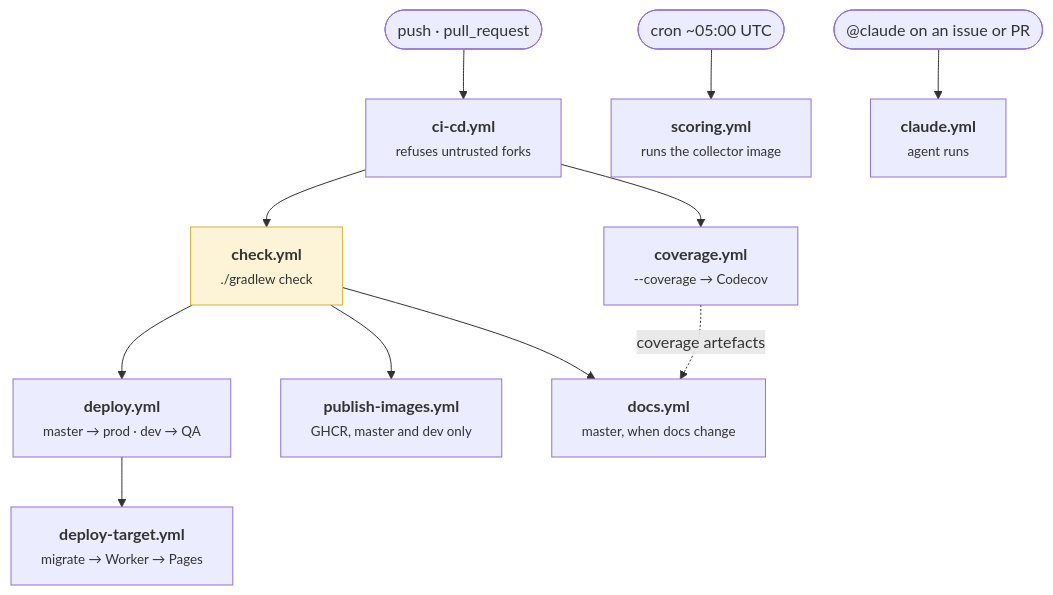
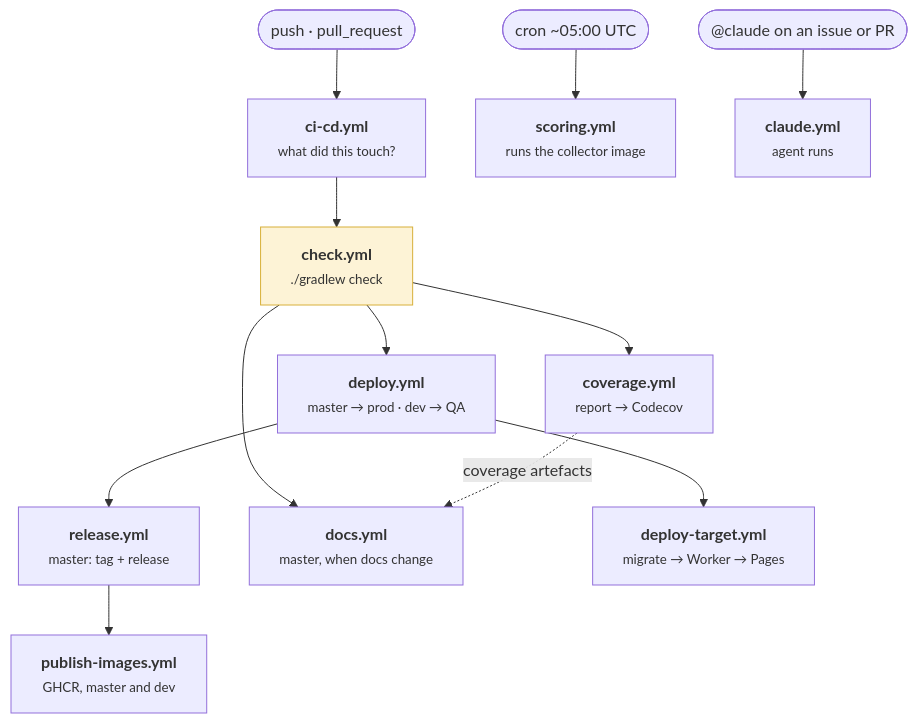
The diagram in docs/site/pages/quality/ci-cd.md (FantasyWiki/FantasyWiki), drawn with Mermaid before and after one commit. The commit also changed other lines of this file and 21 other files, not shown here.

````diff
--- a/docs/site/pages/quality/ci-cd.md
+++ b/docs/site/pages/quality/ci-cd.md
@@ -15,20 +15,21 @@
 ```mermaid
 flowchart TB
-  PUSH(["push · pull_request"]) --> DISP["<b>ci-cd.yml</b><br/><small>refuses untrusted forks</small>"]
+  PUSH(["push · pull_request"]) --> DISP["<b>ci-cd.yml</b><br/><small>what did this touch?</small>"]
 
   DISP --> CHECK["<b>check.yml</b><br/><small>./gradlew check</small>"]
-  DISP --> COV["<b>coverage.yml</b><br/><small>--coverage → Codecov</small>"]
+  CHECK --> COV["<b>coverage.yml</b><br/><small>report → Codecov</small>"]
 
   CHECK --> DEP["<b>deploy.yml</b><br/><small>master → prod · dev → QA</small>"]
-  CHECK --> IMG["<b>publish-images.yml</b><br/><small>GHCR, master and dev only</small>"]
+  DEP --> REL["<b>release.yml</b><br/><small>master: tag + release</small>"]
+  REL --> IMG["<b>publish-images.yml</b><br/><small>GHCR, master and dev</small>"]
   CHECK --> DOCS["<b>docs.yml</b><br/><small>master, when docs change</small>"]
   COV -.->|"coverage artefacts"| DOCS
 
   DEP --> TGT["<b>deploy-target.yml</b><br/><small>migrate → Worker → Pages</small>"]
 
   SCHED(["cron ~05:00 UTC"]) --> SCORE["<b>scoring.yml</b><br/><small>runs the collector image</small>"]
   MENTION(["@claude on an issue or PR"]) --> CLAUDE["<b>claude.yml</b><br/><small>agent runs</small>"]
 
   classDef gate fill:#fdf3d6,stroke:#d8b03a;
   class CHECK gate;
 ```
````
